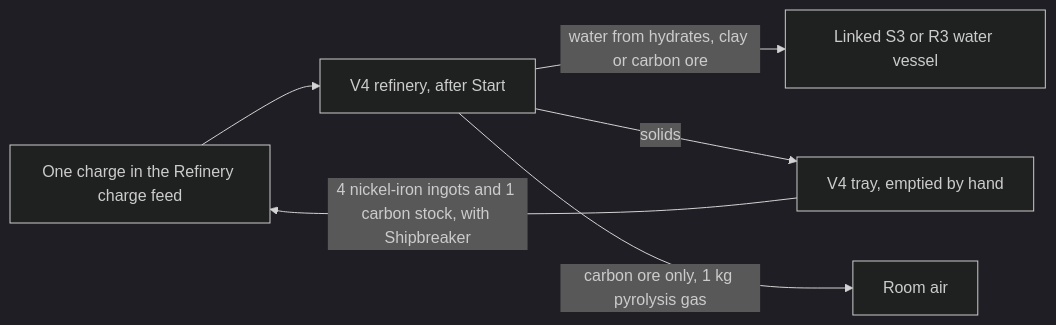
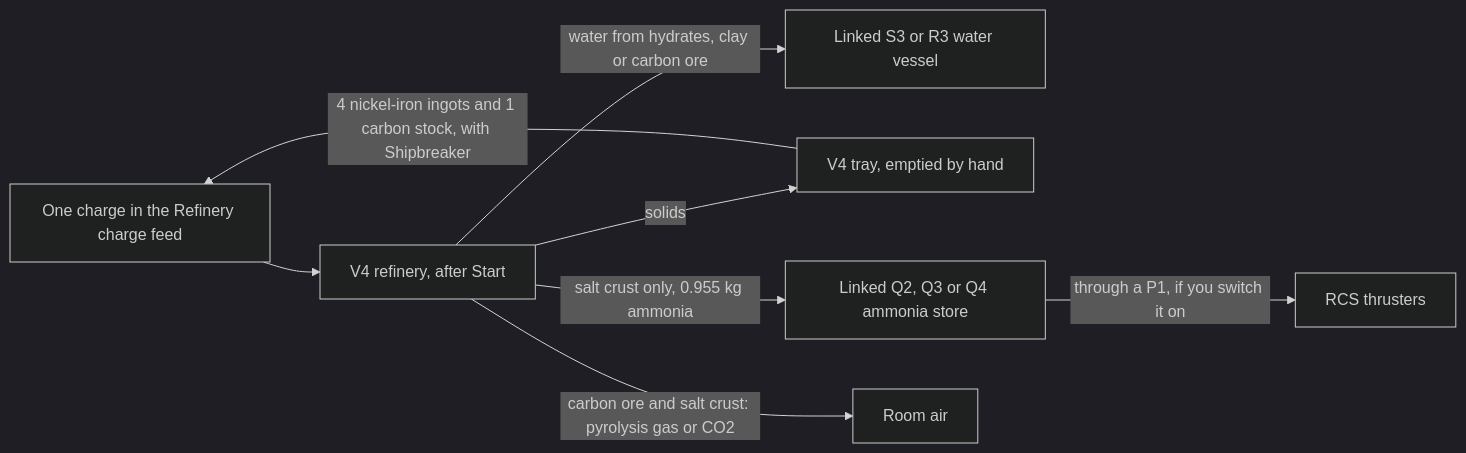
Before and after one commit to phobos-dthorga/phobos-ostranauts: the first of 3 diagrams in docs/manufacturing-player-guide.md, drawn with Mermaid (dark theme). The commit also changed other lines of this file and 56 other files, not shown here.

````diff
--- a/docs/manufacturing-player-guide.md
+++ b/docs/manufacturing-player-guide.md
@@ -63,8 +67,10 @@
 ```mermaid
 flowchart LR
     Feed["One charge in the Refinery charge feed"] --> V4["V4 refinery, after Start"]
     V4 -->|water from hydrates, clay or carbon ore| Vessel["Linked S3 or R3 water vessel"]
     V4 -->|solids| Tray["V4 tray, emptied by hand"]
-    V4 -->|carbon ore only, 1 kg pyrolysis gas| Room["Room air"]
+    V4 -->|salt crust only, 0.955 kg ammonia| Store["Linked Q2, Q3 or Q4 ammonia store"]
+    V4 -->|carbon ore and salt crust: pyrolysis gas or CO2| Room["Room air"]
+    Store -->|through a P1, if you switch it on| RCS["RCS thrusters"]
     Tray -->|4 nickel-iron ingots and 1 carbon stock, with Shipbreaker| Feed
 ```
````
